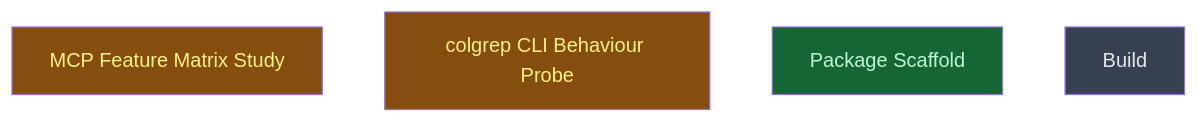
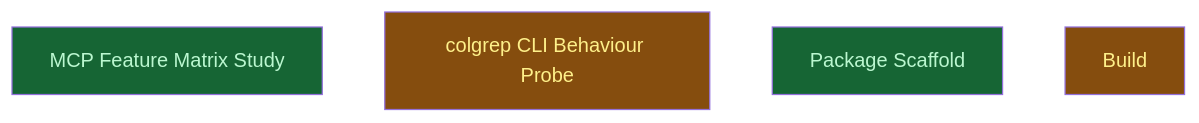
The diagram in __roadmap__/colgrep_mcp/README.md (CrackingShells/colgrep-mcp), drawn with Mermaid before and after one commit. The commit also changed other lines of this file, not shown here.

Commit message:
docs(roadmap): specify depth-1 leaves adapter, packaging and skill

````diff
--- a/__roadmap__/colgrep_mcp/README.md
+++ b/__roadmap__/colgrep_mcp/README.md
@@ -29,12 +29,12 @@
 ```mermaid
 graph TD
-    research_mcp_features[MCP Feature Matrix Study]:::inprogress
+    research_mcp_features[MCP Feature Matrix Study]:::done
     research_colgrep_behaviour[colgrep CLI Behaviour Probe]:::inprogress
     scaffold_package[Package Scaffold]:::done
-    build[Build]:::planned
+    build[Build]:::inprogress
     classDef done       fill:#166534,color:#bbf7d0
     classDef inprogress fill:#854d0e,color:#fef08a
     classDef planned    fill:#374151,color:#e5e7eb
     classDef amendment  fill:#1e3a5f,color:#bfdbfe
     classDef blocked    fill:#7f1d1d,color:#fecaca
 ```
````
